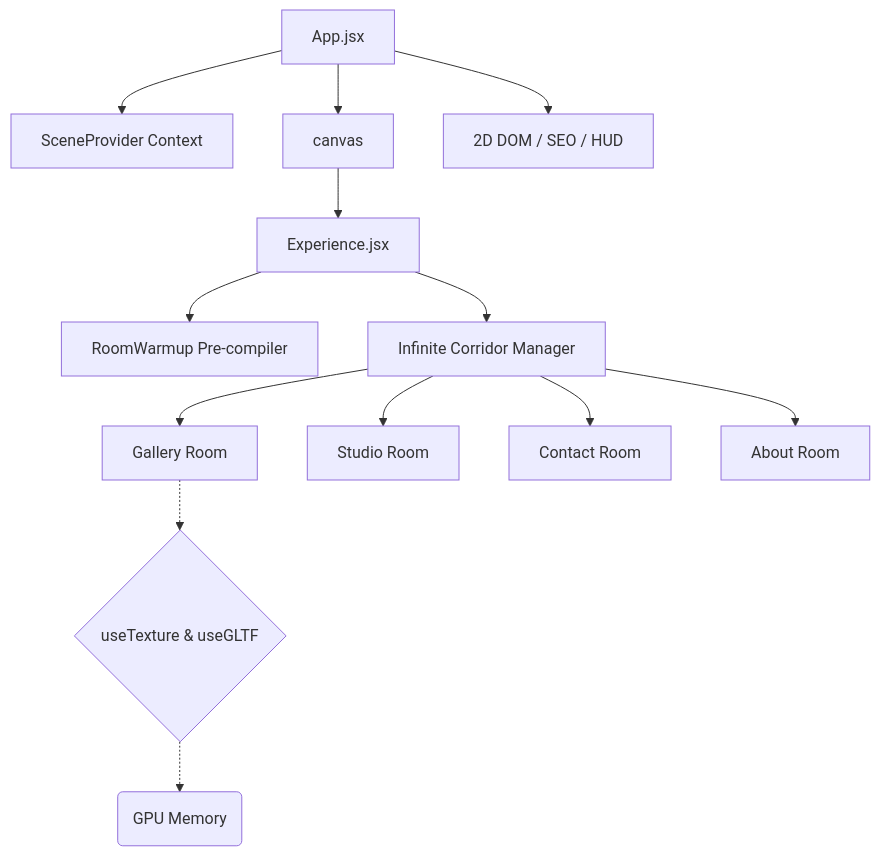
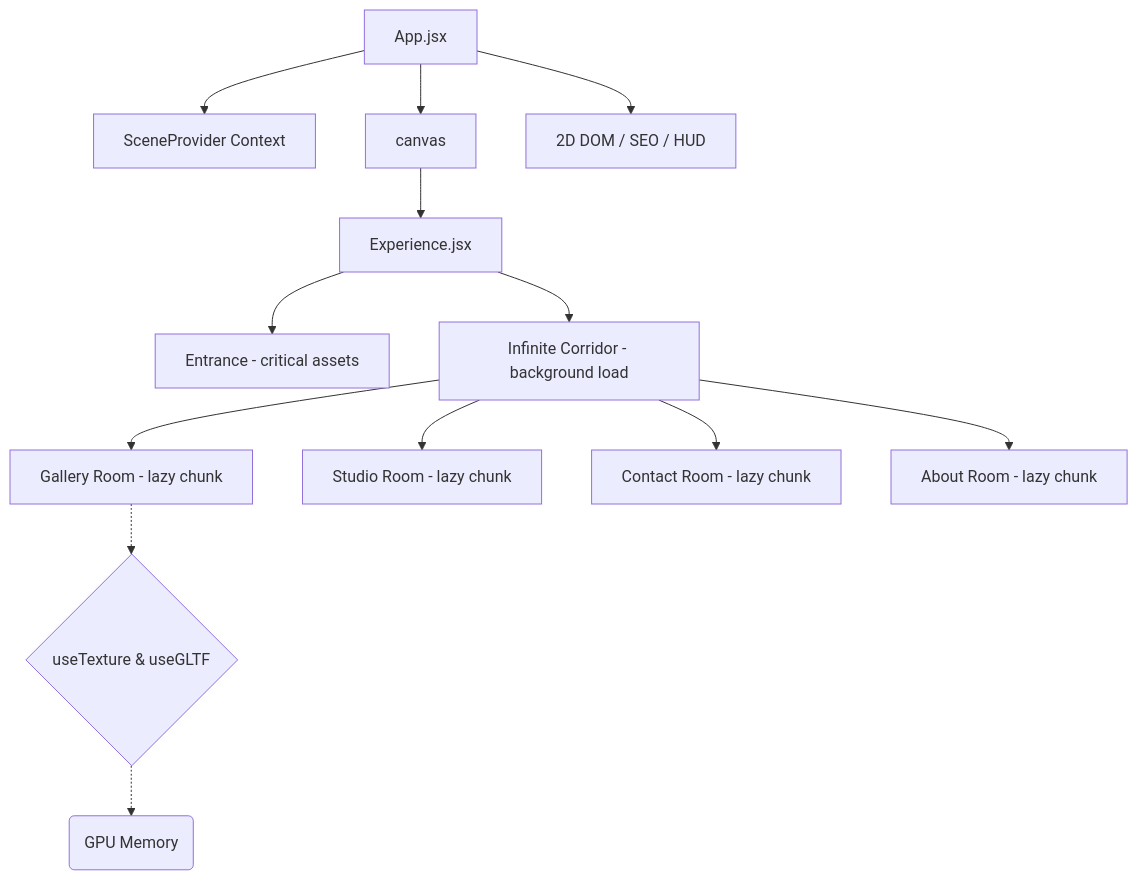
The diagram in README.md (khanh0601/porfolio-khanh), drawn with Mermaid before and after one commit. The commit also changed other lines of this file and 269 other files, not shown here.

````diff
--- a/README.md
+++ b/README.md
@@ -32,18 +32,18 @@
 ```mermaid
 graph TD;
     A[App.jsx] --> B[SceneProvider Context];
     A --> C[canvas];
     A --> D[2D DOM / SEO / HUD];
     
     C --> E[Experience.jsx];
-    E --> F[RoomWarmup Pre-compiler];
-    E --> G[Infinite Corridor Manager];
+    E --> F[Entrance - critical assets];
+    E --> G[Infinite Corridor - background load];
     
-    G --> H[Gallery Room];
-    G --> I[Studio Room];
-    G --> J[Contact Room];
-    G --> K[About Room];
+    G --> H[Gallery Room - lazy chunk];
+    G --> I[Studio Room - lazy chunk];
+    G --> J[Contact Room - lazy chunk];
+    G --> K[About Room - lazy chunk];
     
     H -.-> L{useTexture & useGLTF};
     L -.-> M(GPU Memory);
 ```
````
